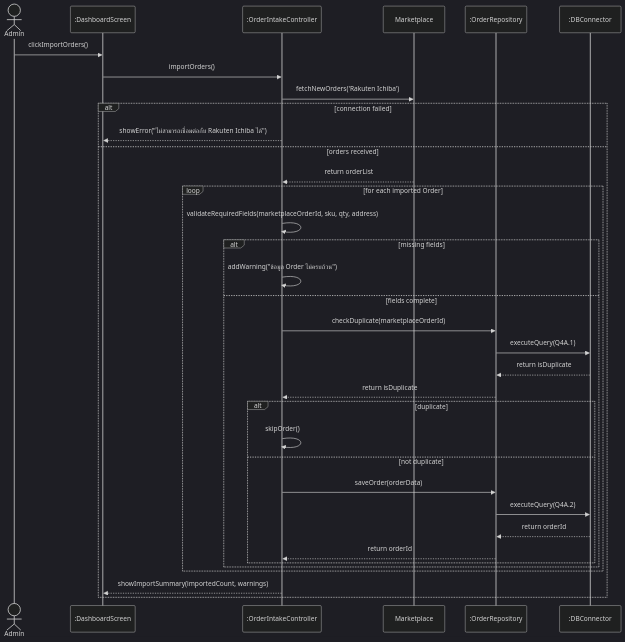
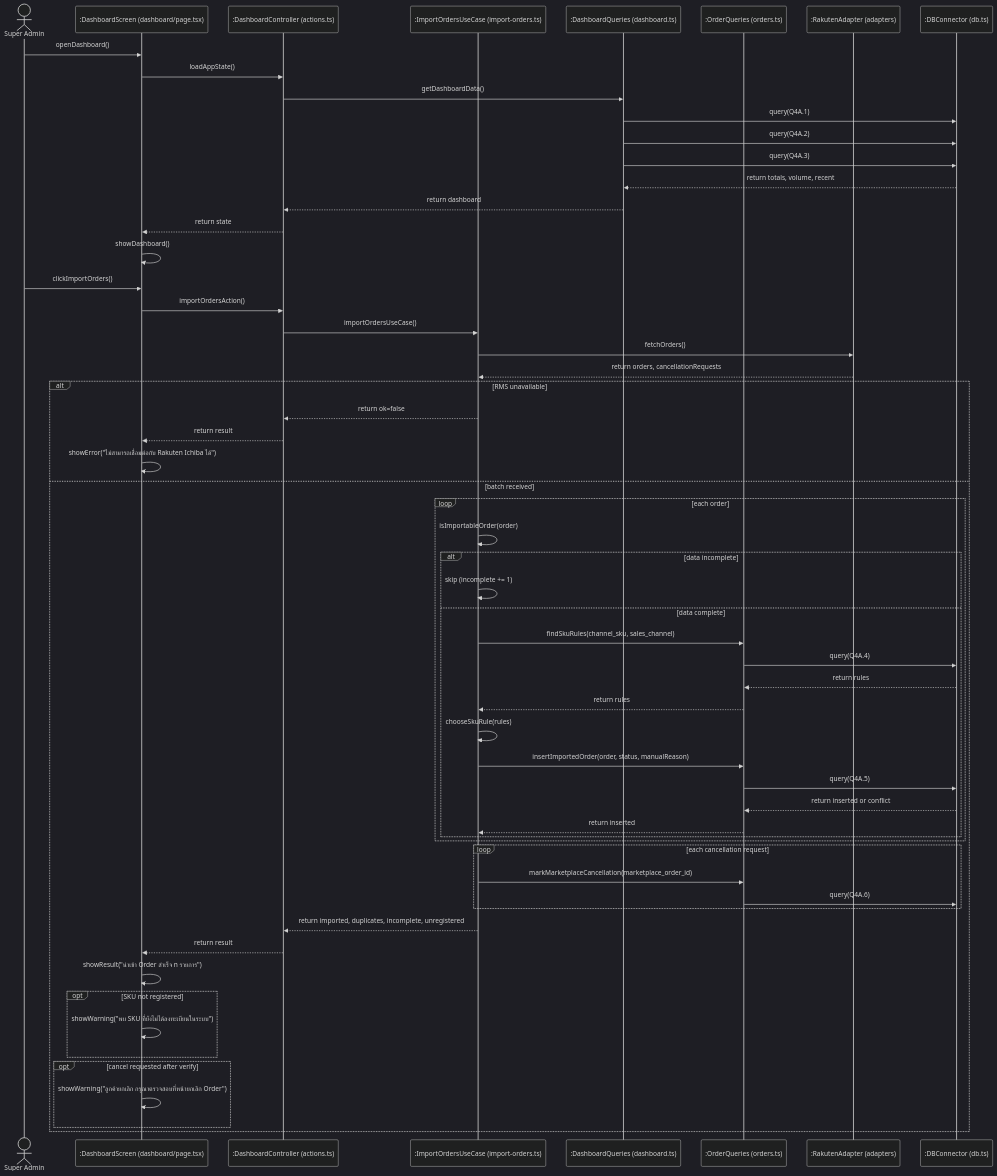
One commit to xbpkdi/321-sa-proj changed the diagram in 03-chapter2-use-case-descriptions/diagrams/mmd/4A-sequence.mmd. Above: the diagram before and after it, drawn with Mermaid (dark theme). The commit also changed 154 other files, not shown here.

Commit message:
docs: render collaboration with graphviz and split long sequence diagrams

```diff
--- a/03-chapter2-use-case-descriptions/diagrams/mmd/4A-sequence.mmd
+++ b/03-chapter2-use-case-descriptions/diagrams/mmd/4A-sequence.mmd
@@ -1,36 +1,60 @@
 sequenceDiagram
-    actor Admin
-    participant Screen as :DashboardScreen
-    participant OIC as :OrderIntakeController
-    participant MP as Marketplace
-    participant OrderRepo as :OrderRepository
-    participant DB as :DBConnector
+    actor Admin as Super Admin
+    participant V as :DashboardScreen (dashboard/page.tsx)
+    participant C as :DashboardController (actions.ts)
+    participant UC as :ImportOrdersUseCase (import-orders.ts)
+    participant DQ as :DashboardQueries (dashboard.ts)
+    participant OQ as :OrderQueries (orders.ts)
+    participant MP as :RakutenAdapter (adapters)
+    participant DB as :DBConnector (db.ts)
 
-    Admin->>Screen: clickImportOrders()
-    Screen->>OIC: importOrders()
-    OIC->>MP: fetchNewOrders('Rakuten Ichiba')
-    alt connection failed
-        OIC-->>Screen: showError("ไม่สามารถเชื่อมต่อกับ Rakuten Ichiba ได้")
-    else orders received
-        MP-->>OIC: return orderList
-        loop for each imported Order
-            OIC->>OIC: validateRequiredFields(marketplaceOrderId, sku, qty, address)
-            alt missing fields
-                OIC->>OIC: addWarning("ข้อมูล Order ไม่ครบถ้วน")
-            else fields complete
-                OIC->>OrderRepo: checkDuplicate(marketplaceOrderId)
-                OrderRepo->>DB: executeQuery(Q4A.1)
-                DB-->>OrderRepo: return isDuplicate
-                OrderRepo-->>OIC: return isDuplicate
-                alt duplicate
-                    OIC->>OIC: skipOrder()
-                else not duplicate
-                    OIC->>OrderRepo: saveOrder(orderData)
-                    OrderRepo->>DB: executeQuery(Q4A.2)
-                    DB-->>OrderRepo: return orderId
-                    OrderRepo-->>OIC: return orderId
-                end
+    Admin->>V: openDashboard()
+    V->>C: loadAppState()
+    C->>DQ: getDashboardData()
+    DQ->>DB: query(Q4A.1)
+    DQ->>DB: query(Q4A.2)
+    DQ->>DB: query(Q4A.3)
+    DB-->>DQ: return totals, volume, recent
+    DQ-->>C: return dashboard
+    C-->>V: return state
+    V->>V: showDashboard()
+    Admin->>V: clickImportOrders()
+    V->>C: importOrdersAction()
+    C->>UC: importOrdersUseCase()
+    UC->>MP: fetchOrders()
+    MP-->>UC: return orders, cancellationRequests
+    alt RMS unavailable
+        UC-->>C: return ok=false
+        C-->>V: return result
+        V->>V: showError("ไม่สามารถเชื่อมต่อกับ Rakuten Ichiba ได้")
+    else batch received
+        loop each order
+            UC->>UC: isImportableOrder(order)
+            alt data incomplete
+                UC->>UC: skip (incomplete += 1)
+            else data complete
+                UC->>OQ: findSkuRules(channel_sku, sales_channel)
+                OQ->>DB: query(Q4A.4)
+                DB-->>OQ: return rules
+                OQ-->>UC: return rules
+                UC->>UC: chooseSkuRule(rules)
+                UC->>OQ: insertImportedOrder(order, status, manualReason)
+                OQ->>DB: query(Q4A.5)
+                DB-->>OQ: return inserted or conflict
+                OQ-->>UC: return inserted
             end
         end
-        OIC-->>Screen: showImportSummary(importedCount, warnings)
+        loop each cancellation request
+            UC->>OQ: markMarketplaceCancellation(marketplace_order_id)
+            OQ->>DB: query(Q4A.6)
+        end
+        UC-->>C: return imported, duplicates, incomplete, unregistered
+        C-->>V: return result
+        V->>V: showResult("นำเข้า Order สำเร็จ n รายการ")
+        opt SKU not registered
+            V->>V: showWarning("พบ SKU ที่ยังไม่ได้ลงทะเบียนในระบบ")
+        end
+        opt cancel requested after verify
+            V->>V: showWarning("ลูกค้ายกเลิก กรุณาตรวจสอบที่หน้ายกเลิก Order")
+        end
     end
```
